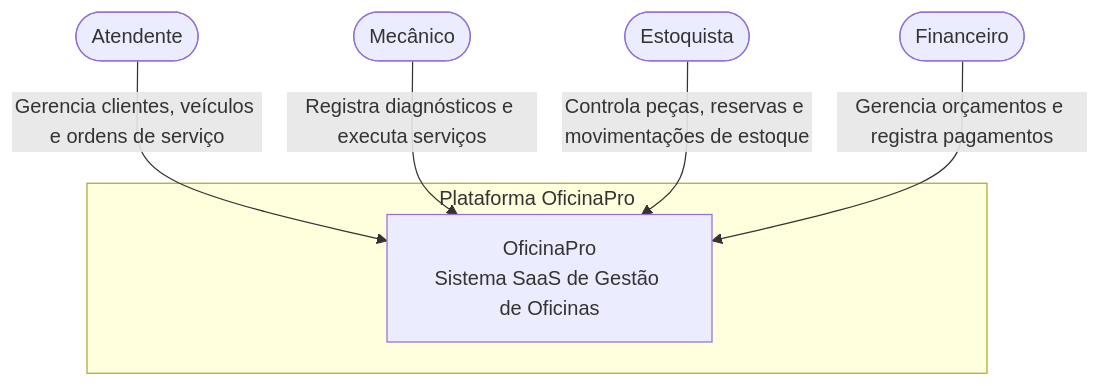
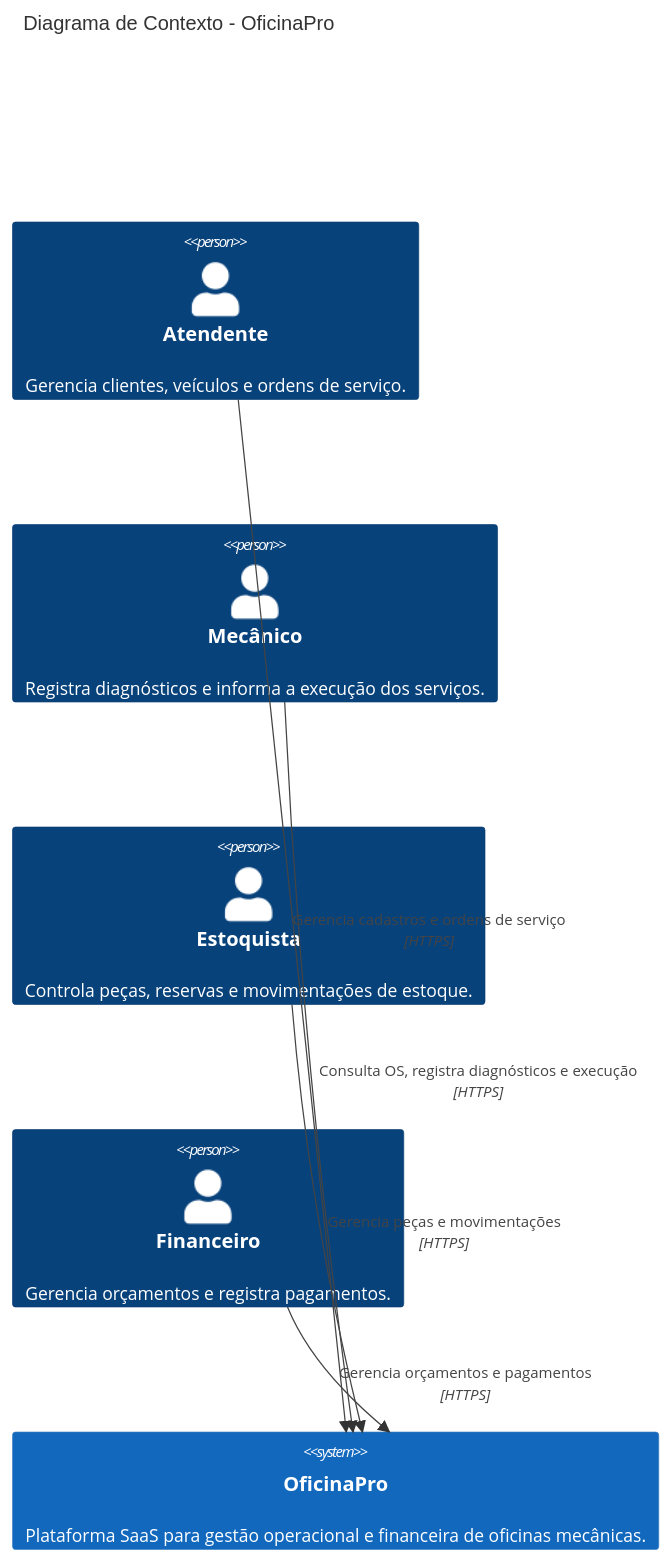
Before and after one commit to brandelas/tcc: the first of 6 diagrams in docs/arquitetura/06-c4-model.md, drawn with Mermaid. The commit also changed other lines of this file, not shown here.

First line of the commit message:
Atualização da documentação do modelo C4 para OficinaPro

````diff
--- a/docs/arquitetura/06-c4-model.md
+++ b/docs/arquitetura/06-c4-model.md
@@ -17,16 +31,16 @@
 ```mermaid
-flowchart TD
-    Atendente([Atendente])
-    Mecanico([Mecânico])
-    Estoquista([Estoquista])
-    Financeiro([Financeiro])
+C4Context
+    title Diagrama de Contexto - OficinaPro
 
-    subgraph Plataforma["Plataforma OficinaPro"]
-        System["OficinaPro<br/>Sistema SaaS de Gestão de Oficinas"]
-    end
+    Person(atendente, "Atendente", "Gerencia clientes, veículos e ordens de serviço.")
+    Person(mecanico, "Mecânico", "Registra diagnósticos e informa a execução dos serviços.")
+    Person(estoque, "Estoquista", "Controla peças, reservas e movimentações de estoque.")
+    Person(financeiro, "Financeiro", "Gerencia orçamentos e registra pagamentos.")
 
-    Atendente -->|"Gerencia clientes, veículos e ordens de serviço"| System
-    Mecanico -->|"Registra diagnósticos e executa serviços"| System
-    Estoquista -->|"Controla peças, reservas e movimentações de estoque"| System
-    Financeiro -->|"Gerencia orçamentos e registra pagamentos"| System
+    System(oficinapro, "OficinaPro", "Plataforma SaaS para gestão operacional e financeira de oficinas mecânicas.")
+
+    Rel(atendente, oficinapro, "Gerencia cadastros e ordens de serviço", "HTTPS")
+    Rel(mecanico, oficinapro, "Consulta OS, registra diagnósticos e execução", "HTTPS")
+    Rel(estoque, oficinapro, "Gerencia peças e movimentações", "HTTPS")
+    Rel(financeiro, oficinapro, "Gerencia orçamentos e pagamentos", "HTTPS")
 ```
````
